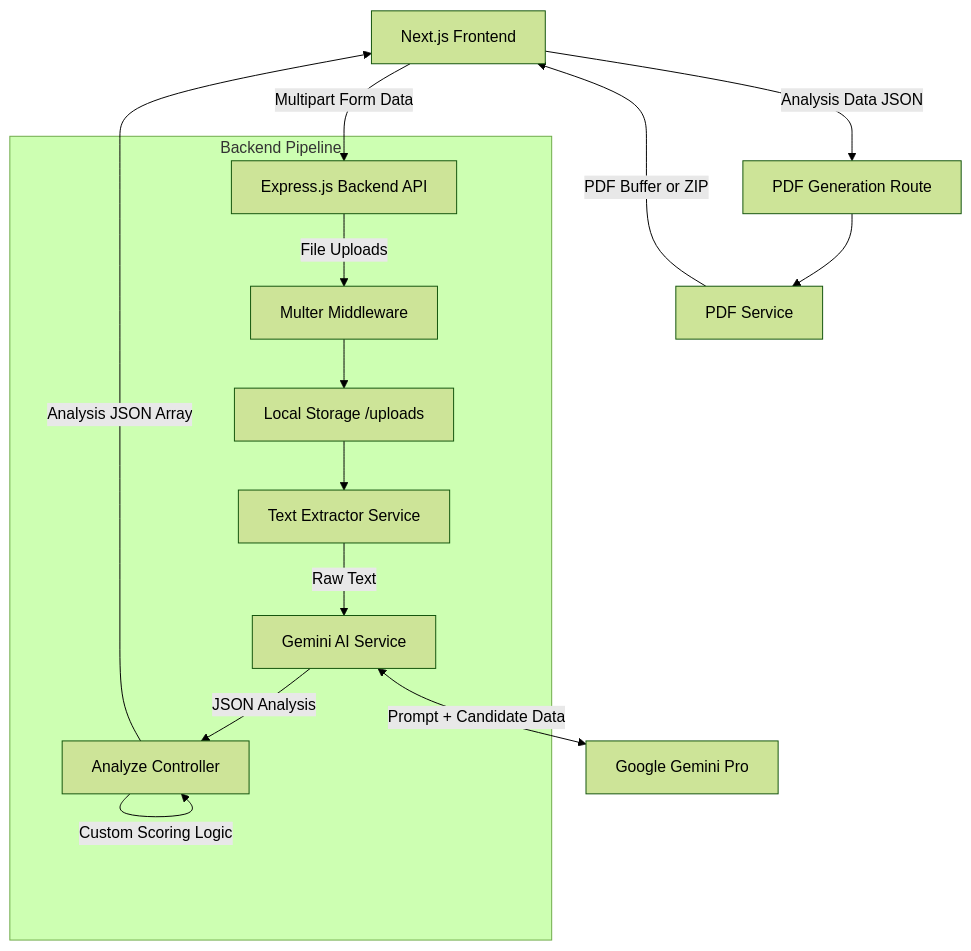
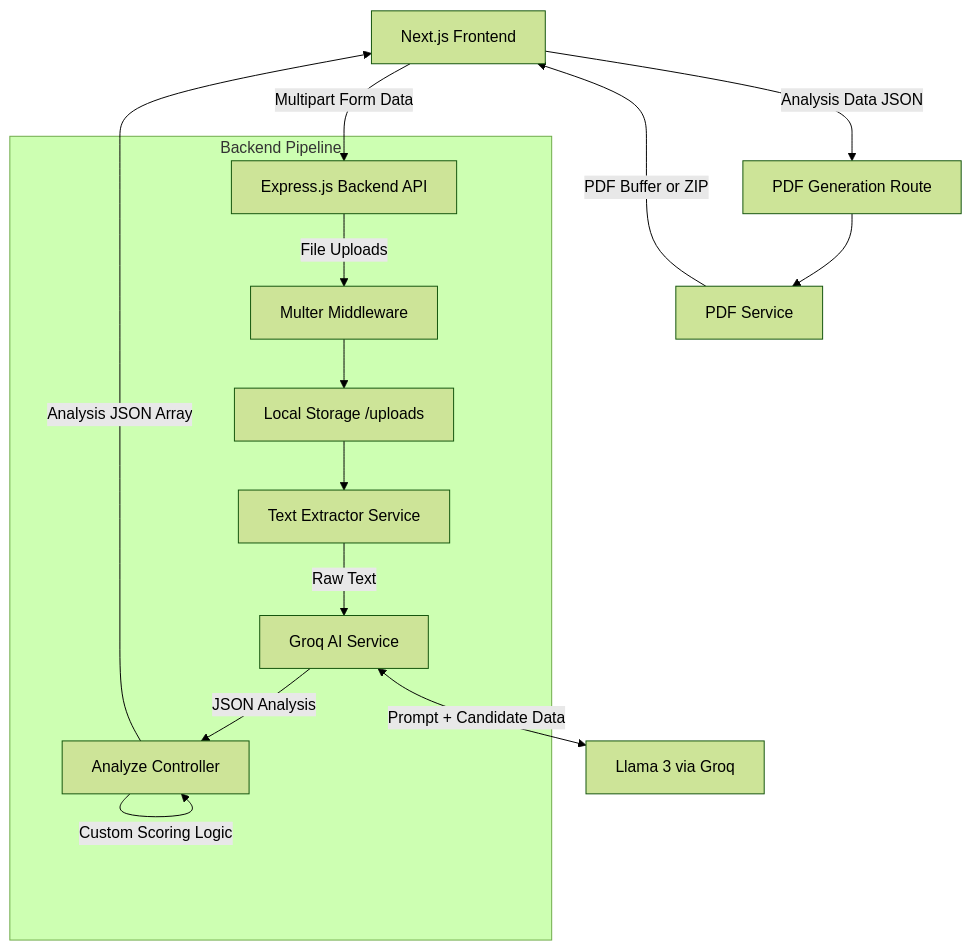
One commit to Saravanan2005real/AI-Powered-Resume-JD-analyzer changed the second of 2 diagrams in README.md. Above: the diagram before and after it, drawn with Mermaid (forest theme). The commit also changed other lines of this file and 1 other file, not shown here.

Commit message:
Update docs to reflect Groq migration

````diff
--- a/README.md
+++ b/README.md
@@ -57,21 +57,21 @@
 ```mermaid
 graph TD
     Client[Next.js Frontend] -->|Multipart Form Data| API[Express.js Backend API]
     
     subgraph Backend Pipeline
         API -->|File Uploads| Multer[Multer Middleware]
         Multer --> Storage[Local Storage /uploads]
         Storage --> TextExt[Text Extractor Service]
-        TextExt -->|Raw Text| Gemini[Gemini AI Service]
-        Gemini -->|JSON Analysis| Controller[Analyze Controller]
+        TextExt -->|Raw Text| Groq[Groq AI Service]
+        Groq -->|JSON Analysis| Controller[Analyze Controller]
         Controller -->|Custom Scoring Logic| Controller
     end
     
-    Gemini <-->|Prompt + Candidate Data| LLM[Google Gemini Pro]
+    Groq <-->|Prompt + Candidate Data| LLM[Llama 3 via Groq]
     
     Controller -->|Analysis JSON Array| Client
     
     Client -->|Analysis Data JSON| PDFRoute[PDF Generation Route]
     PDFRoute --> PDFService[PDF Service]
     PDFService -->|PDF Buffer or ZIP| Client
 ```
````
